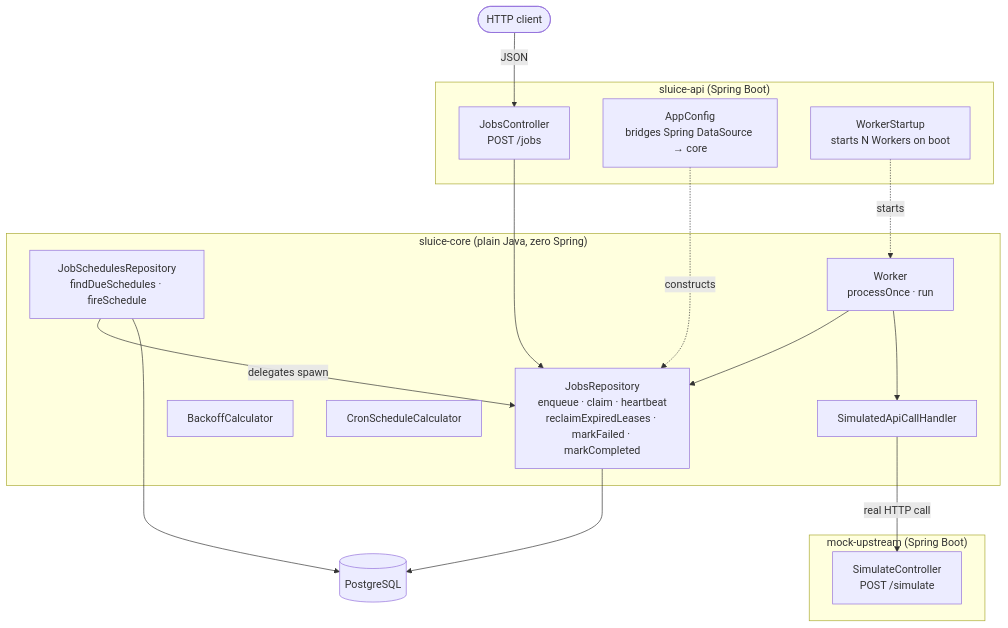
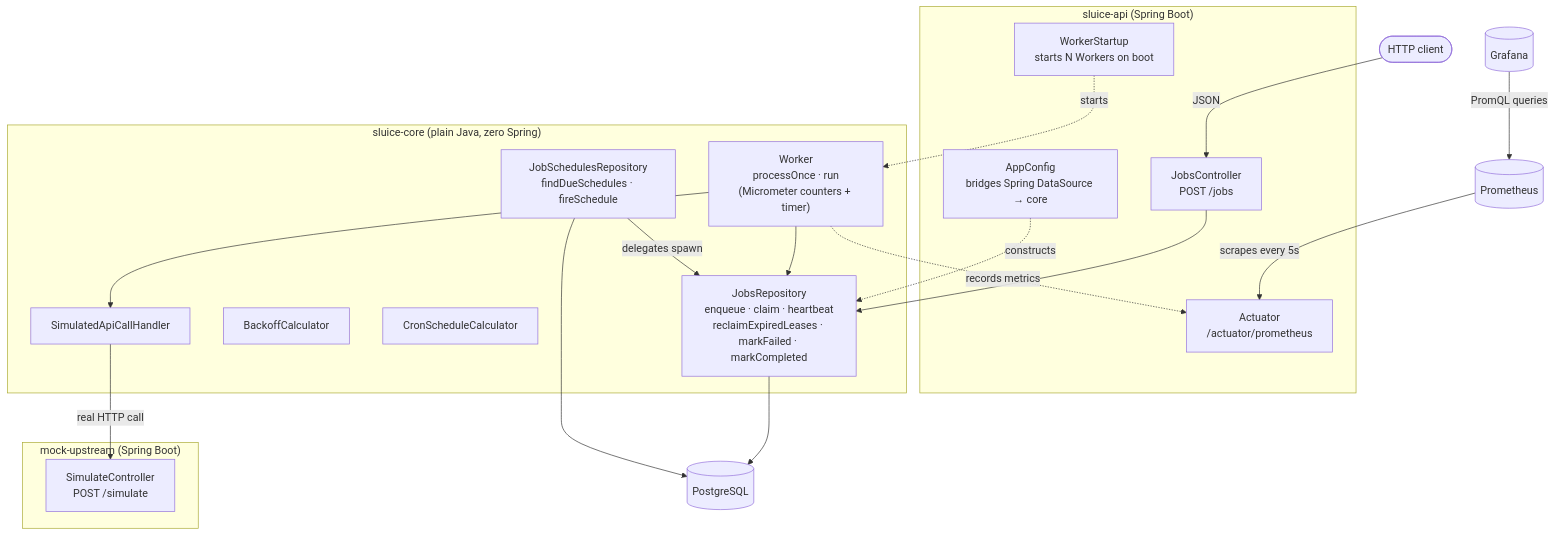
One commit to amanxsays/Sluice changed the first of 8 diagrams in README.md. Above: the diagram before and after it, drawn with Mermaid. The commit also changed other lines of this file, not shown here.

````diff
--- a/README.md
+++ b/README.md
@@ -89,36 +96,42 @@
 ```mermaid
 flowchart TB
     client([HTTP client])
 
     subgraph api["sluice-api (Spring Boot)"]
         controller["JobsController<br/>POST /jobs"]
         config["AppConfig<br/>bridges Spring DataSource → core"]
         startup["WorkerStartup<br/>starts N Workers on boot"]
+        actuator["Actuator<br/>/actuator/prometheus"]
     end
 
     subgraph core["sluice-core (plain Java, zero Spring)"]
         jobsRepo["JobsRepository<br/>enqueue · claim · heartbeat<br/>reclaimExpiredLeases · markFailed · markCompleted"]
         schedulesRepo["JobSchedulesRepository<br/>findDueSchedules · fireSchedule"]
         backoff["BackoffCalculator"]
         cron["CronScheduleCalculator"]
-        worker["Worker<br/>processOnce · run"]
+        worker["Worker<br/>processOnce · run<br/>(Micrometer counters + timer)"]
         handler["SimulatedApiCallHandler"]
     end
 
     subgraph mock["mock-upstream (Spring Boot)"]
         simulate["SimulateController<br/>POST /simulate"]
     end
 
+    prom[(Prometheus)]
+    graf[(Grafana)]
     db[(PostgreSQL)]
 
     client -->|JSON| controller
     controller --> jobsRepo
     config -.constructs.-> jobsRepo
     startup -.starts.-> worker
     worker --> jobsRepo
     worker --> handler
+    worker -.records metrics.-> actuator
     handler -->|real HTTP call| simulate
     schedulesRepo -->|delegates spawn| jobsRepo
     jobsRepo --> db
     schedulesRepo --> db
+    prom -->|scrapes every 5s| actuator
+    graf -->|PromQL queries| prom
 ```
````
